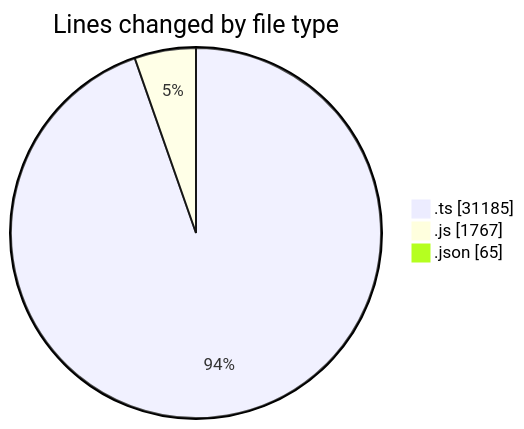
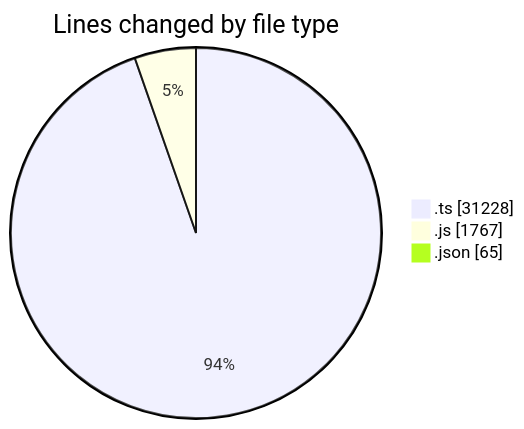
The first of 2 diagrams in 2025-07-31/cda/README.md (momahboobian/code-tracking), drawn with Mermaid before and after one commit. The commit also changed other lines of this file and 1 other file, not shown here.

````diff
--- a/2025-07-31/cda/README.md
+++ b/2025-07-31/cda/README.md
@@ -25,7 +25,7 @@
 ```mermaid
 pie showData
 title Lines changed by file type
-".ts" : 31185
+".ts" : 31228
 ".js" : 1767
 ".json" : 65
 ```
````
